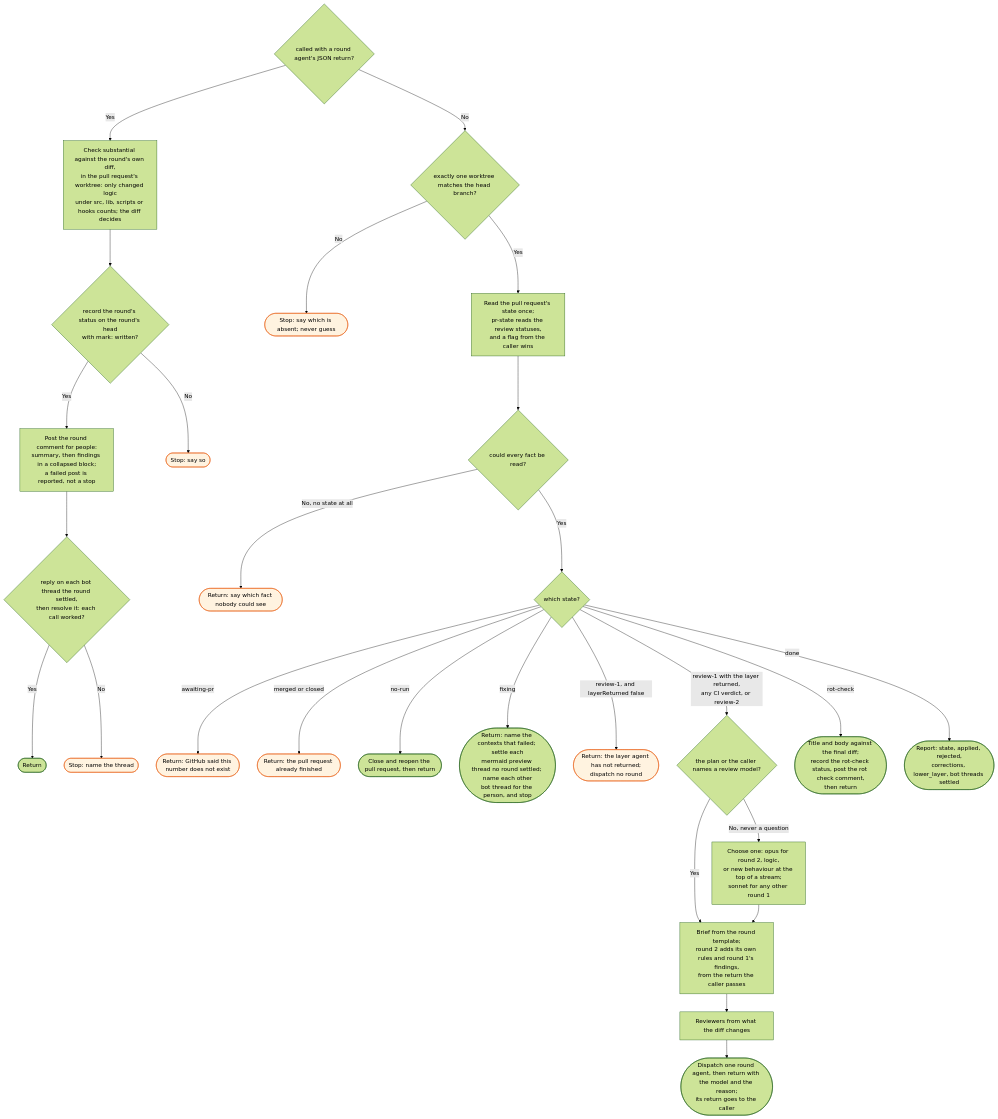
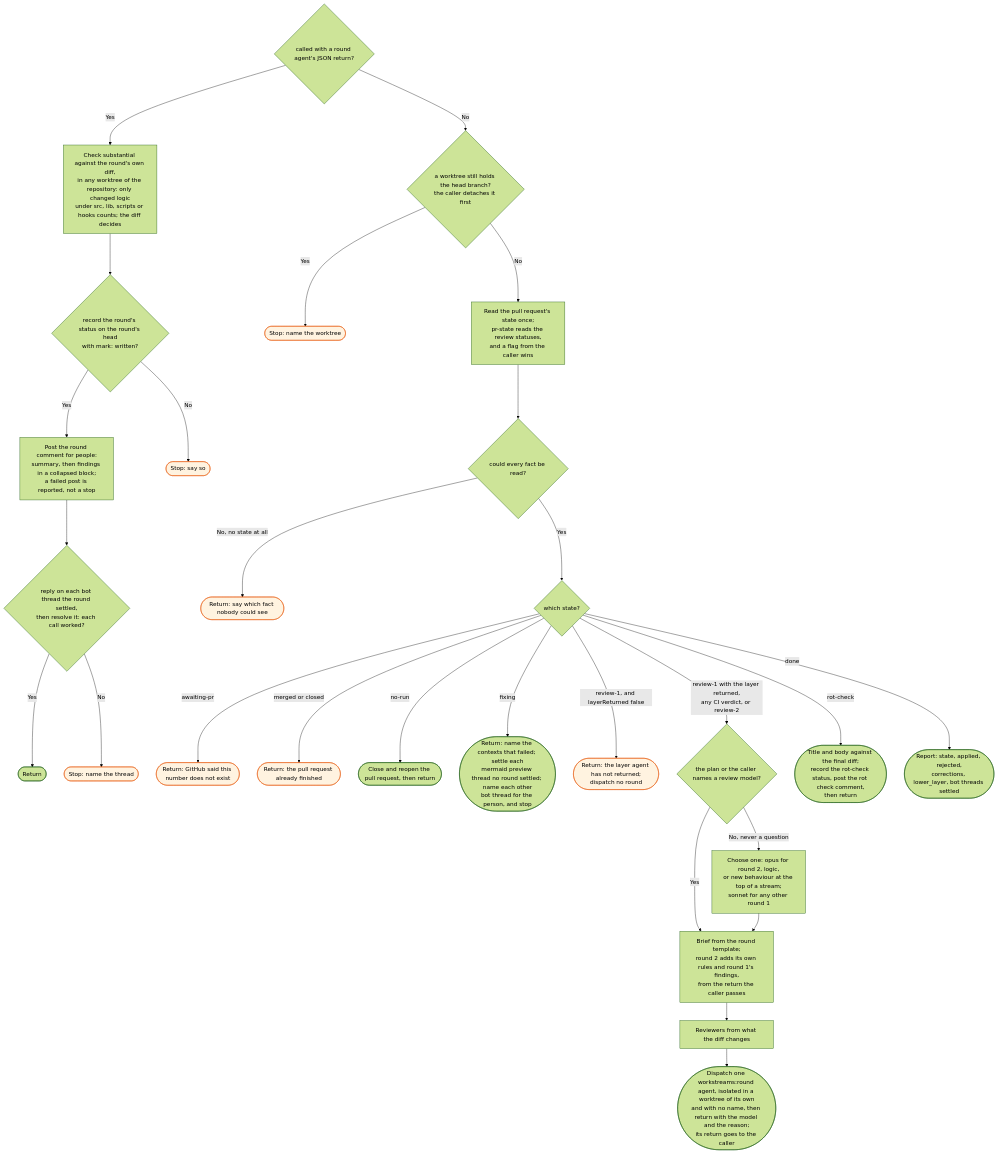
One commit to bje-settings/claude changed the diagram in docs/flows/workstreams/review/_skill-flow.md. Above: the diagram before and after it, drawn with Mermaid (forest theme). The commit also changed other lines of this file and 22 other files, not shown here.

First line of the commit message:
refactor(workstreams): run each layer and review agent in an isolated worktree (#520)

````diff
--- a/docs/flows/workstreams/review/_skill-flow.md
+++ b/docs/flows/workstreams/review/_skill-flow.md
@@ -15,36 +15,36 @@
 ```mermaid
 flowchart TD
     R0{called with a round agent's JSON return?}
-    R0 -->|Yes| RS[Check substantial against the round's own diff,<br/>in the pull request's worktree: only changed logic<br/>under src, lib, scripts or hooks counts; the diff decides]
+    R0 -->|Yes| RS[Check substantial against the round's own diff,<br/>in any worktree of the repository: only changed logic<br/>under src, lib, scripts or hooks counts; the diff decides]
     RS --> R2{record the round's status on the round's head<br/>with mark: written?}
     R2 -->|Yes| CM[Post the round comment for people:<br/>summary, then findings in a collapsed block;<br/>a failed post is reported, not a stop]
     CM --> BT{reply on each bot thread the round settled,<br/>then resolve it: each call worked?}
     R2 -->|No| R3([Stop: say so]):::stop
     BT -->|Yes| R1([Return])
     BT -->|No| BT1([Stop: name the thread]):::stop
-    R0 -->|No| W{exactly one worktree matches the head branch?}
-    W -->|No| W1([Stop: say which is absent; never guess]):::stop
-    W -->|Yes| C[Read the pull request's state once;<br/>pr-state reads the review statuses,<br/>and a flag from the caller wins]
+    R0 -->|No| W{a worktree still holds the head branch?<br/>the caller detaches it first}
+    W -->|Yes| W1([Stop: name the worktree]):::stop
+    W -->|No| C[Read the pull request's state once;<br/>pr-state reads the review statuses,<br/>and a flag from the caller wins]
 
     C --> D{could every fact be read?}
     D -->|No, no state at all| D1([Return: say which fact nobody could see]):::stop
     D -->|Yes| E{which state?}
 
     E -->|awaiting-pr| E1([Return: GitHub said this number does not exist]):::stop
     E -->|merged or closed| E1b([Return: the pull request already finished]):::stop
     E -->|no-run| F([Close and reopen the pull request, then return])
     E -->|fixing| G2([Return: name the contexts that failed; settle each<br/>mermaid preview thread no round settled; name each other<br/>bot thread for the person, and stop])
 
     E -->|review-1, and layerReturned false| EL([Return: the layer agent has not returned;<br/>dispatch no round]):::stop
     E -->|review-1 with the layer returned,<br/>any CI verdict, or review-2| M{the plan or the caller names a review model?}
     M -->|Yes| I
     M -->|No, never a question| M1[Choose one: opus for round 2, logic,<br/>or new behaviour at the top of a stream;<br/>sonnet for any other round 1] --> I
     I[Brief from the round template;<br/>round 2 adds its own rules and round 1's findings,<br/>from the return the caller passes]
     I --> J[Reviewers from what the diff changes]
-    J --> K([Dispatch one round agent, then return with the model and the reason;<br/>its return goes to the caller])
+    J --> K([Dispatch one workstreams:round agent, isolated in a worktree of its own<br/>and with no name, then return with the model and the reason;<br/>its return goes to the caller])
 
     E -->|rot-check| Q([Title and body against the final diff;<br/>record the rot-check status, post the rot check comment,<br/>then return])
     E -->|done| S([Report: state, applied, rejected,<br/>corrections, lower_layer, bot threads settled])
 
     classDef stop fill:#fff3e0,stroke:#e65100,color:#000
 ```
````
